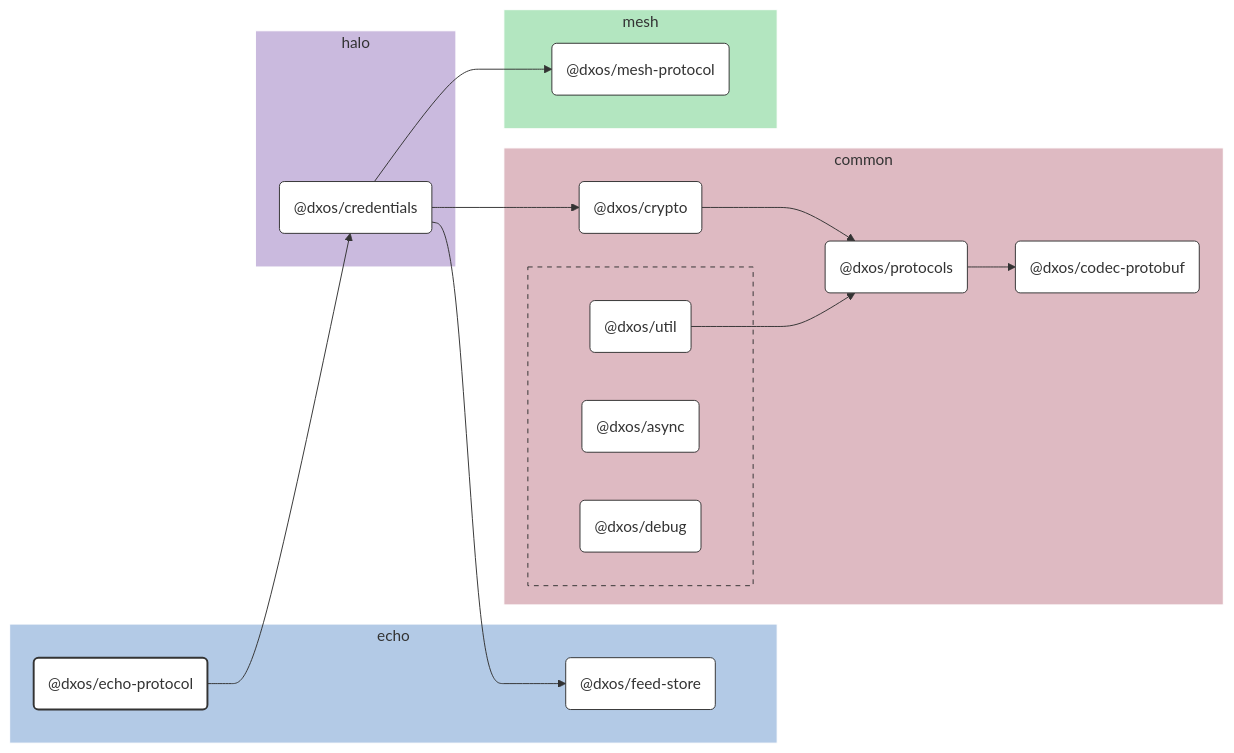
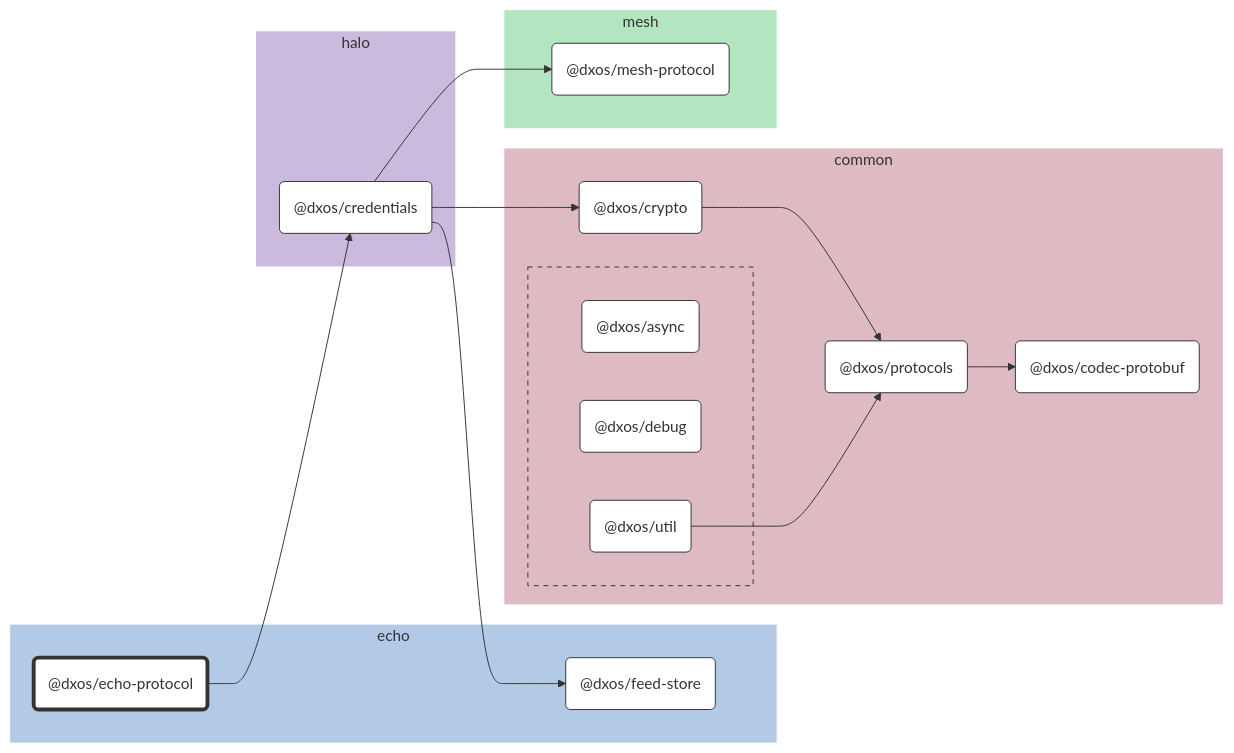
Before and after one commit to dxos/dxos: the diagram in packages/echo/echo-protocol/docs/README.md, drawn with Mermaid. The commit also changed 104 other files, not shown here.

````diff
--- a/packages/echo/echo-protocol/docs/README.md
+++ b/packages/echo/echo-protocol/docs/README.md
@@ -7,79 +7,61 @@
 ```mermaid
 %%{ init: {'flowchart':{'curve':'basis'}} }%%
 
 flowchart LR
 
-%% Links
-dxos/credentials --> dxos/crypto;
-dxos/credentials --> dxos/feed-store;
-dxos/credentials --> dxos/mesh-protocol;
-dxos/crypto --> dxos/protocols;
-dxos/echo-protocol --> dxos/credentials;
-dxos/protocols --> dxos/codec-protobuf;
-dxos/util --> dxos/protocols;
+%% Classes
+classDef def fill:#fff,stroke:#333,stroke-width:1px
+classDef root fill:#fff,stroke:#333,stroke-width:4px
 
-%% Sections
-subgraph echo
-  style echo fill:#b3cae6,stroke:#fff;
+%% Nodes
 
-  dxos/echo-protocol("@dxos/echo-protocol")
-  dxos/feed-store("@dxos/feed-store")
+subgraph echo [echo]
+  style echo fill:#b3cae6,stroke:#fff
+  dxos/echo-protocol("@dxos/echo-protocol"):::root
+  click dxos/echo-protocol "dxos/dxos/tree/main/packages/echo/echo-protocol/docs"
+  dxos/feed-store("@dxos/feed-store"):::def
+  click dxos/feed-store "dxos/dxos/tree/main/packages/echo/feed-store/docs"
 end
 
-subgraph common
-  style common fill:#debac2,stroke:#fff;
-
-  dxos/codec-protobuf("@dxos/codec-protobuf")
-  dxos/crypto("@dxos/crypto")
-  dxos/protocols("@dxos/protocols")
+subgraph common [common]
+  style common fill:#debac2,stroke:#fff
+  dxos/codec-protobuf("@dxos/codec-protobuf"):::def
+  click dxos/codec-protobuf "dxos/dxos/tree/main/packages/common/codec-protobuf/docs"
+  dxos/crypto("@dxos/crypto"):::def
+  click dxos/crypto "dxos/dxos/tree/main/packages/common/crypto/docs"
+  dxos/protocols("@dxos/protocols"):::def
+  click dxos/protocols "dxos/dxos/tree/main/packages/common/protocols/docs"
 
   subgraph common-excluded [ ]
-    style common-excluded fill:#debac2,stroke:#333,stroke-dasharray:5 5;
-
-    dxos/async("@dxos/async")
-    dxos/debug("@dxos/debug")
-    dxos/util("@dxos/util")
+    style common-excluded fill:#debac2,stroke:#333,stroke-dasharray:5 5
+    dxos/async("@dxos/async"):::def
+    click dxos/async "dxos/dxos/tree/main/packages/common/async/docs"
+    dxos/debug("@dxos/debug"):::def
+    click dxos/debug "dxos/dxos/tree/main/packages/common/debug/docs"
+    dxos/util("@dxos/util"):::def
+    click dxos/util "dxos/dxos/tree/main/packages/common/util/docs"
   end
 end
 
-subgraph halo
-  style halo fill:#cabade,stroke:#fff;
-
-  dxos/credentials("@dxos/credentials")
+subgraph halo [halo]
+  style halo fill:#cabade,stroke:#fff
+  dxos/credentials("@dxos/credentials"):::def
+  click dxos/credentials "dxos/dxos/tree/main/packages/halo/credentials/docs"
 end
 
-subgraph mesh
-  style mesh fill:#b3e6c0,stroke:#fff;
-
-  dxos/mesh-protocol("@dxos/mesh-protocol")
+subgraph mesh [mesh]
+  style mesh fill:#b3e6c0,stroke:#fff
+  dxos/mesh-protocol("@dxos/mesh-protocol"):::def
+  click dxos/mesh-protocol "dxos/dxos/tree/main/packages/mesh/mesh-protocol/docs"
 end
 
-
-%% Hyperlinks
-click dxos/async "dxos/dxos/tree/main/packages/common/async/docs";
-click dxos/codec-protobuf "dxos/dxos/tree/main/packages/common/codec-protobuf/docs";
-click dxos/credentials "dxos/dxos/tree/main/packages/halo/credentials/docs";
-click dxos/crypto "dxos/dxos/tree/main/packages/common/crypto/docs";
-click dxos/debug "dxos/dxos/tree/main/packages/common/debug/docs";
-click dxos/feed-store "dxos/dxos/tree/main/packages/echo/feed-store/docs";
-click dxos/mesh-protocol "dxos/dxos/tree/main/packages/mesh/mesh-protocol/docs";
-click dxos/protocols "dxos/dxos/tree/main/packages/common/protocols/docs";
-click dxos/util "dxos/dxos/tree/main/packages/common/util/docs";
-
-%% Styles
-classDef rootNode fill:#fff,stroke:#333,stroke-width:2px
-classDef defaultNode fill:#fff,stroke:#333,stroke-width:1px
+%% Links
 linkStyle default stroke:#333,stroke-width:1px
-
-dxos/echo-protocol:::rootNode
-
-dxos/async:::defaultNode
-dxos/codec-protobuf:::defaultNode
-dxos/credentials:::defaultNode
-dxos/crypto:::defaultNode
-dxos/debug:::defaultNode
-dxos/feed-store:::defaultNode
-dxos/mesh-protocol:::defaultNode
-dxos/protocols:::defaultNode
-dxos/util:::defaultNode
+dxos/echo-protocol --> dxos/credentials
+dxos/credentials --> dxos/crypto
+dxos/crypto --> dxos/protocols
+dxos/protocols --> dxos/codec-protobuf
+dxos/credentials --> dxos/feed-store
+dxos/util --> dxos/protocols
+dxos/credentials --> dxos/mesh-protocol
 ```
````
